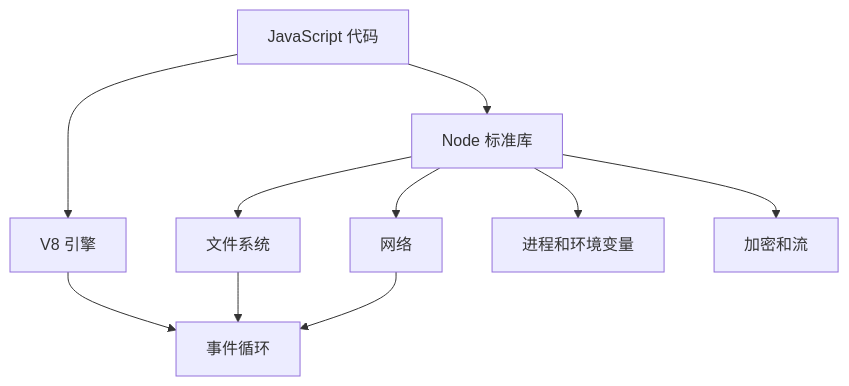
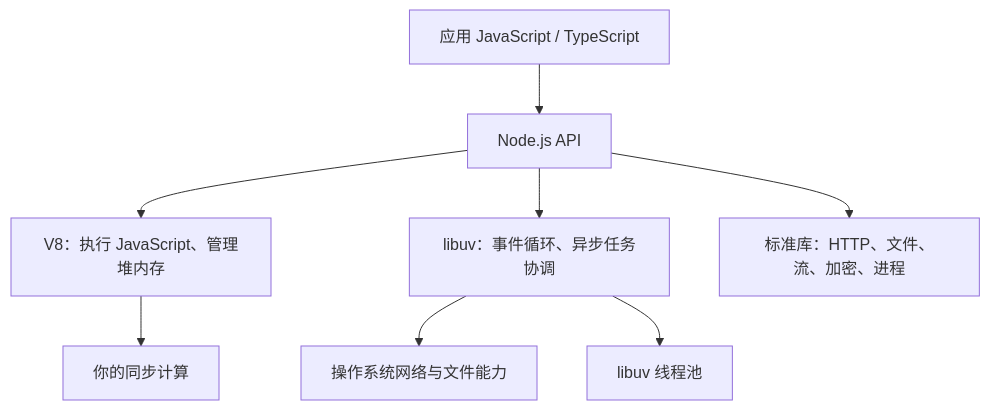
One commit to yokry-he/yok-study-web changed the first of 27 diagrams in docs/node/visual-guide.md. Above: the diagram before and after it, drawn with Mermaid. The commit also changed other lines of this file and 14 other files, not shown here.

````diff
--- a/docs/node/visual-guide.md
+++ b/docs/node/visual-guide.md
@@ -20,12 +21,10 @@
 ```mermaid
 flowchart TD
-  A[JavaScript 代码] --> B[V8 引擎]
-  A --> C[Node 标准库]
-  C --> D[文件系统]
-  C --> E[网络]
-  C --> F[进程和环境变量]
-  C --> G[加密和流]
-  B --> H[事件循环]
-  D --> H
-  E --> H
+  A["应用 JavaScript / TypeScript"] --> B["Node.js API"]
+  B --> C["V8：执行 JavaScript、管理堆内存"]
+  B --> D["libuv：事件循环、异步任务协调"]
+  B --> E["标准库：HTTP、文件、流、加密、进程"]
+  D --> F["操作系统网络与文件能力"]
+  D --> G["libuv 线程池"]
+  C --> H["你的同步计算"]
 ```
````
